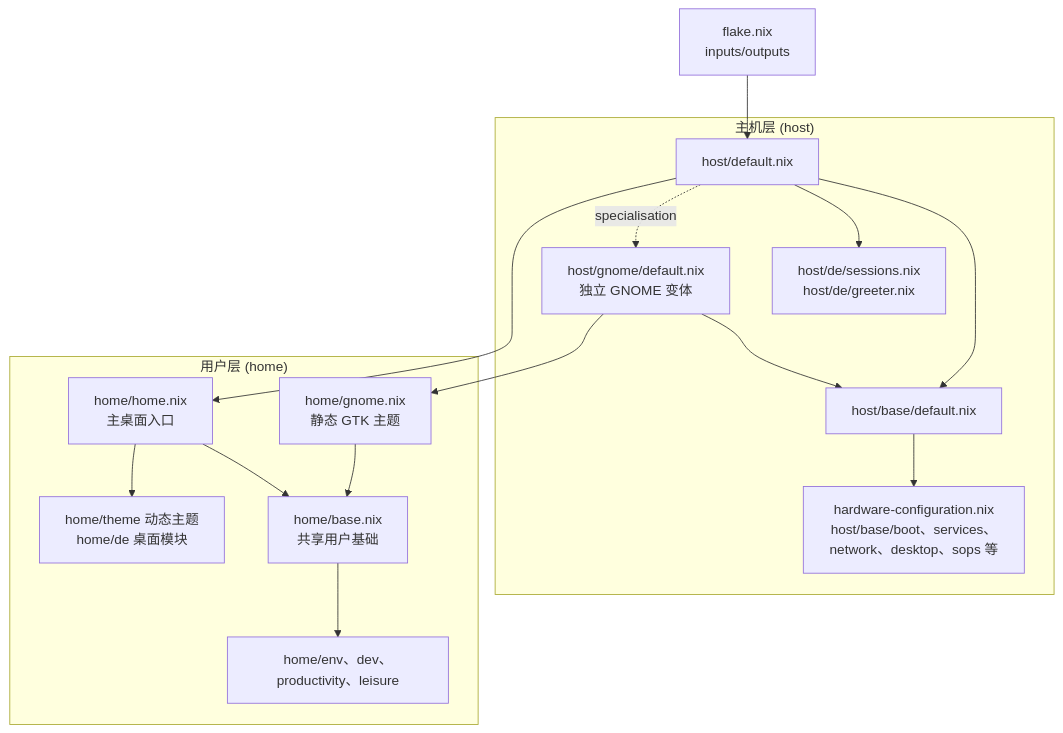
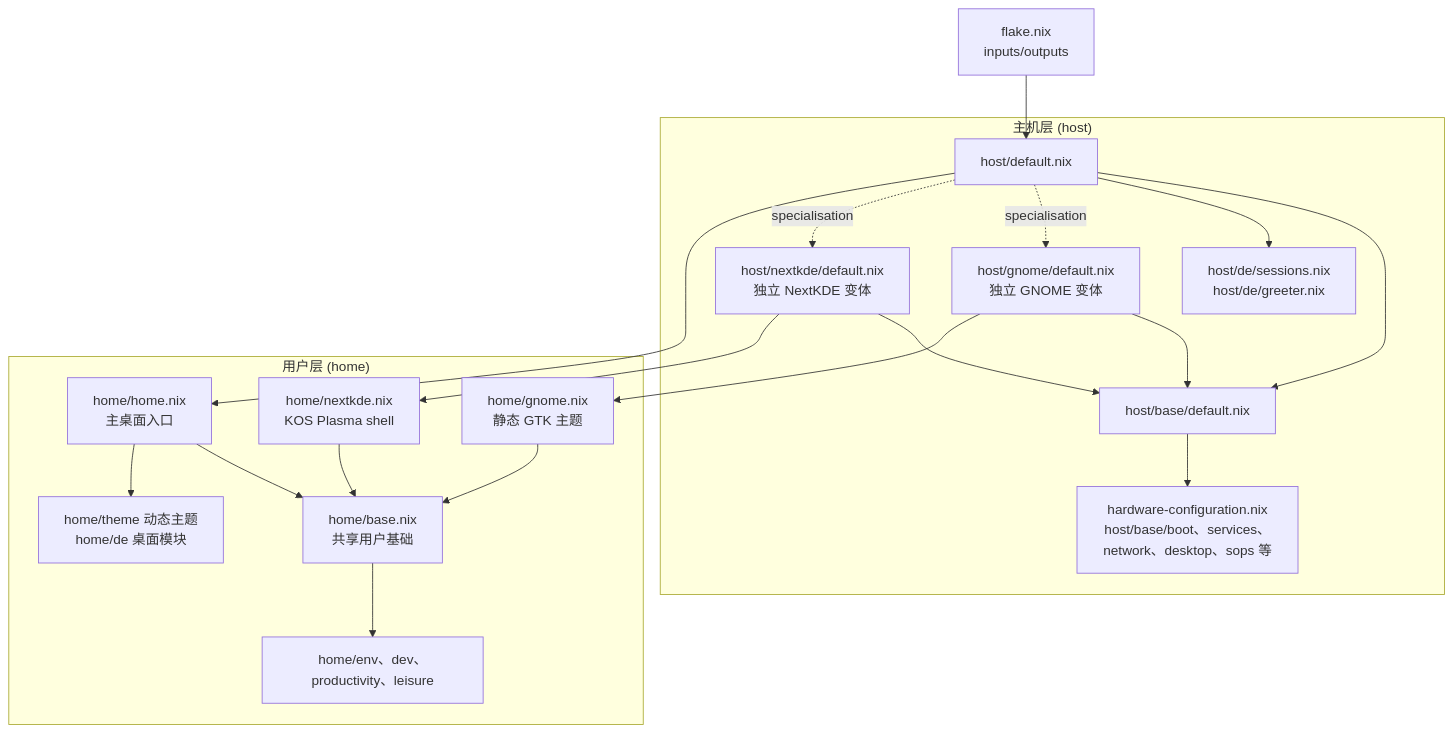
One commit to Shangshui0302/myNixOSConfig changed the first of 3 diagrams in wiki/architecture/index.md. Above: the diagram before and after it, drawn with Mermaid. The commit also changed other lines of this file and 39 other files, not shown here.

Commit message:
feat(desktop): add NextKDE specialisation and simplify theme ownership

````diff
--- a/wiki/architecture/index.md
+++ b/wiki/architecture/index.md
@@ -34,30 +34,36 @@
 ```mermaid
 graph TB
 F["flake.nix<br/>inputs/outputs"]
 subgraph "主机层 (host)"
 H1["host/default.nix"]
 HB["host/base/default.nix"]
 HC["hardware-configuration.nix<br/>host/base/boot、services、network、desktop、sops 等"]
 HD["host/de/sessions.nix<br/>host/de/greeter.nix"]
 HG["host/gnome/default.nix<br/>独立 GNOME 变体"]
+HK["host/nextkde/default.nix<br/>独立 NextKDE 变体"]
 end
 subgraph "用户层 (home)"
 U1["home/home.nix<br/>主桌面入口"]
 UB["home/base.nix<br/>共享用户基础"]
 UC["home/env、dev、productivity、leisure"]
 UD["home/theme 动态主题<br/>home/de 桌面模块"]
 UG["home/gnome.nix<br/>静态 GTK 主题"]
+UK["home/nextkde.nix<br/>KOS Plasma shell"]
 end
 F --> H1
 H1 --> HB
 HB --> HC
 H1 --> HD
 H1 -. specialisation .-> HG
 HG --> HB
+H1 -. specialisation .-> HK
+HK --> HB
+HK --> UK
+UK --> UB
 H1 --> U1
 U1 --> UB
 UB --> UC
 U1 --> UD
 HG --> UG
 UG --> UB
 ```
````
